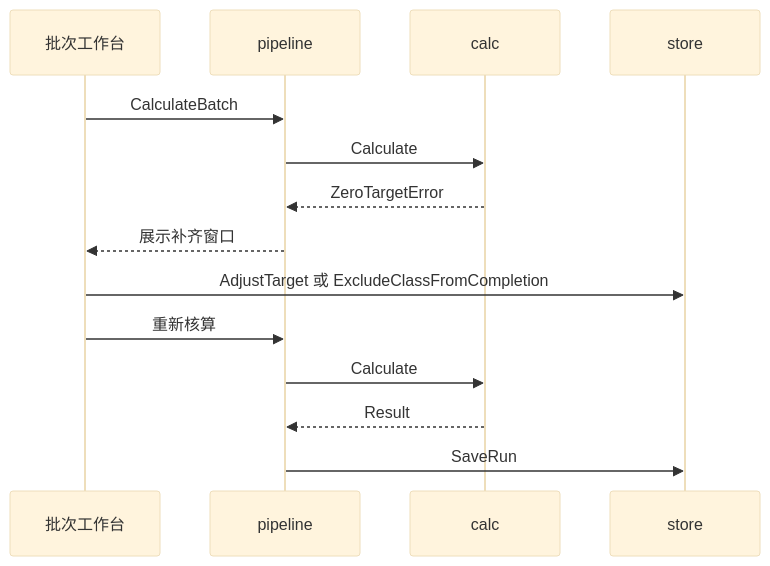
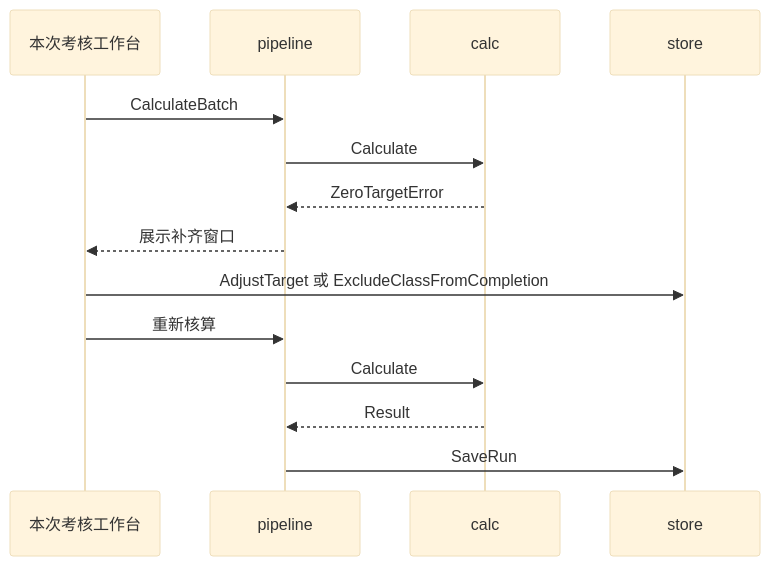
Before and after one commit to SivonLi/Tally: the fifth of 6 diagrams in docs/system-design.md, drawn with Mermaid (base theme). The commit also changed other lines of this file and 4 other files, not shown here.

````diff
--- a/docs/system-design.md
+++ b/docs/system-design.md
@@ -404,16 +446,16 @@
 ```mermaid
 sequenceDiagram
-  participant UI as 批次工作台
+  participant UI as 本次考核工作台
   participant P as pipeline
   participant C as calc
   participant DB as store
   UI->>P: CalculateBatch
   P->>C: Calculate
   C-->>P: ZeroTargetError
   P-->>UI: 展示补齐窗口
   UI->>DB: AdjustTarget 或 ExcludeClassFromCompletion
   UI->>P: 重新核算
   P->>C: Calculate
   C-->>P: Result
   P->>DB: SaveRun
 ```
````
